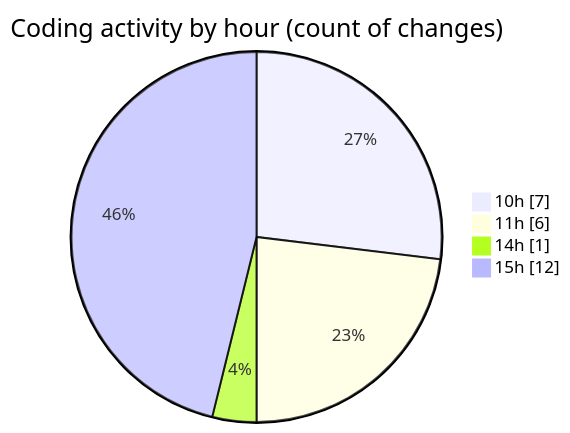
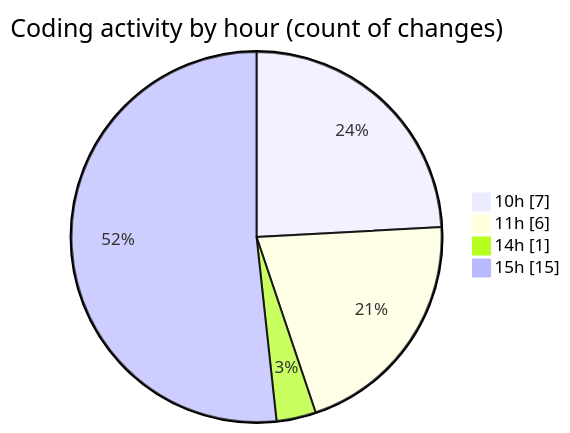
The second of 2 diagrams in 2025-11-18/nxtqube_webapp/README.md (nxtqubesakshisongat/code-tracking), drawn with Mermaid before and after one commit. The commit also changed other lines of this file and 1 other file, not shown here.

````diff
--- a/2025-11-18/nxtqube_webapp/README.md
+++ b/2025-11-18/nxtqube_webapp/README.md
@@ -31,8 +31,8 @@
 ```mermaid
 pie showData
 title Coding activity by hour (count of changes)
 "10h" : 7
 "11h" : 6
 "14h" : 1
-"15h" : 12
+"15h" : 15
 ```
````
